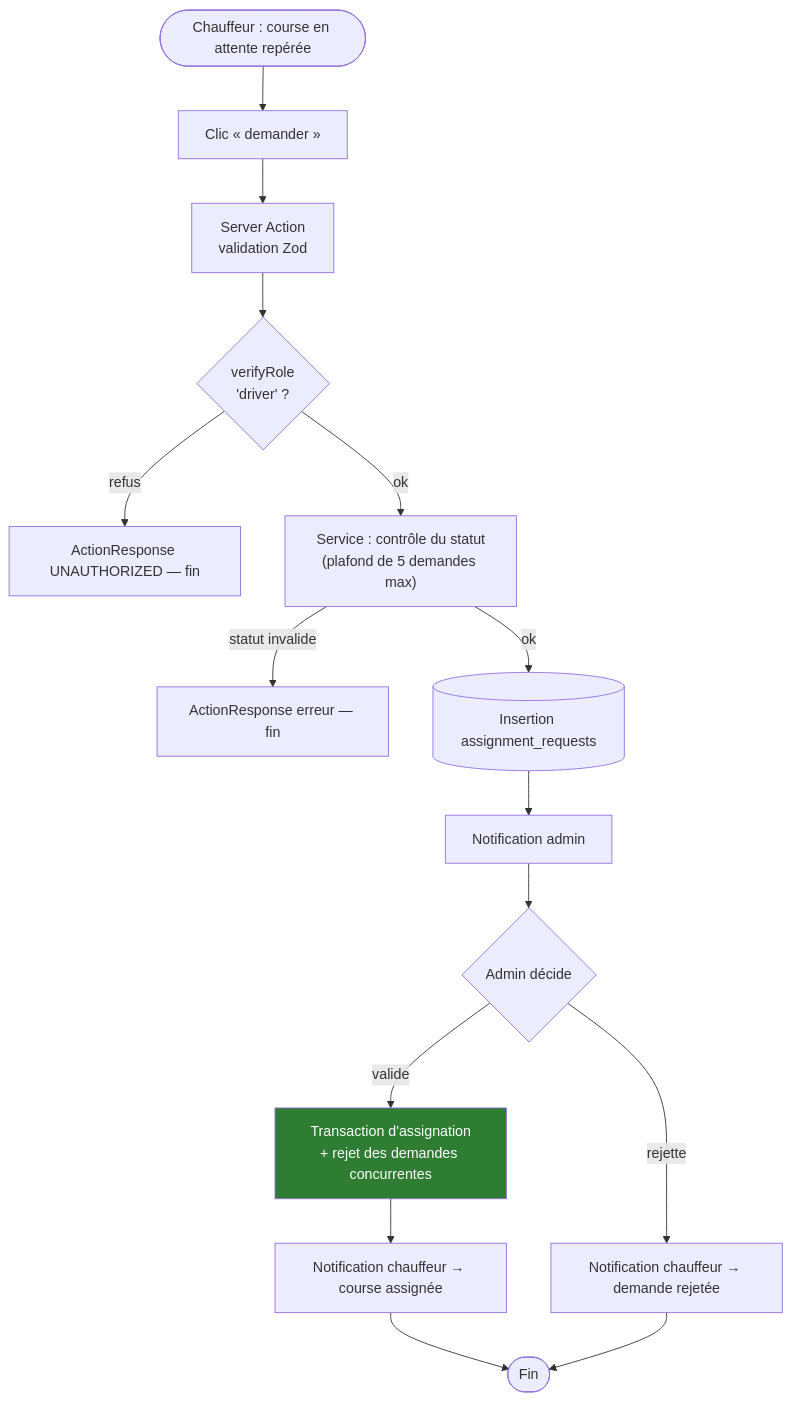
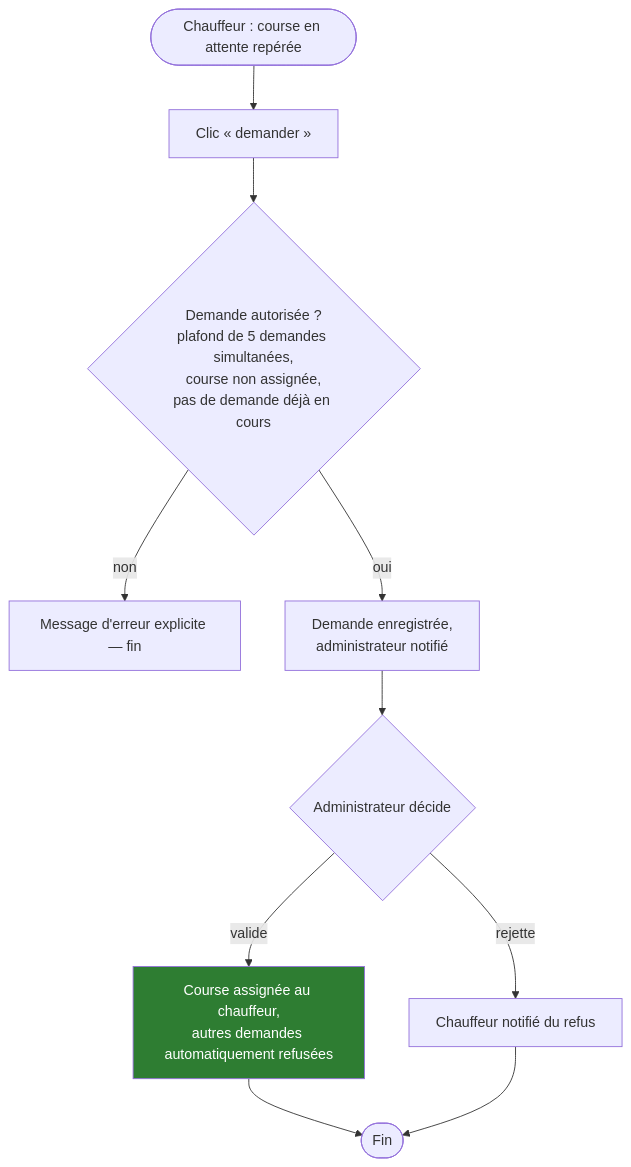
One commit to Mamoru-fr/AMT-Express changed the second of 8 diagrams in documents/dossiers/dossierProjet/v1-complet/dossierProjetRNCP.md. Above: the diagram before and after it, drawn with Mermaid. The commit also changed other lines of this file, not shown here.

Commit message:
docs(rncp): application des retours de relecture sur le dossier v1 (CCP retires, 3 roles, US issues GitHub, UML/MCD revus, PG16 assume, RGPD concret, deploiement 11/09, conclusion honnete)

````diff
--- a/documents/dossiers/dossierProjet/v1-complet/dossierProjetRNCP.md
+++ b/documents/dossiers/dossierProjet/v1-complet/dossierProjetRNCP.md
@@ -288,18 +229,13 @@
 ```mermaid
 flowchart TD
     S([Chauffeur : course en attente repérée]) --> C[Clic « demander »]
-    C --> SA[Server Action<br/>validation Zod]
-    SA --> VR{verifyRole<br/>'driver' ?}
-    VR -- refus --> E1[ActionResponse UNAUTHORIZED — fin]
-    VR -- ok --> S1["Service : contrôle du statut<br/>(plafond de 5 demandes max)"]
-    S1 -- statut invalide --> E2[ActionResponse erreur — fin]
-    S1 -- ok --> I[(Insertion assignment_requests)]
-    I --> N1[Notification admin]
-    N1 --> D{Admin décide}
-    D -- valide --> T[Transaction d'assignation<br/>+ rejet des demandes concurrentes]
-    T --> N2[Notification chauffeur → course assignée]
-    D -- rejette --> N3[Notification chauffeur → demande rejetée]
-    N2 --> F([Fin])
-    N3 --> F
+    C --> P{Demande autorisée ?<br/>plafond de 5 demandes simultanées,<br/>course non assignée,<br/>pas de demande déjà en cours}
+    P -- non --> E[Message d'erreur explicite — fin]
+    P -- oui --> I[Demande enregistrée,<br/>administrateur notifié]
+    I --> D{Administrateur décide}
+    D -- valide --> T[Course assignée au chauffeur,<br/>autres demandes automatiquement refusées]
+    D -- rejette --> N[Chauffeur notifié du refus]
+    T --> F([Fin])
+    N --> F
     style T fill:#2e7d32,color:#fff
 ```
````
